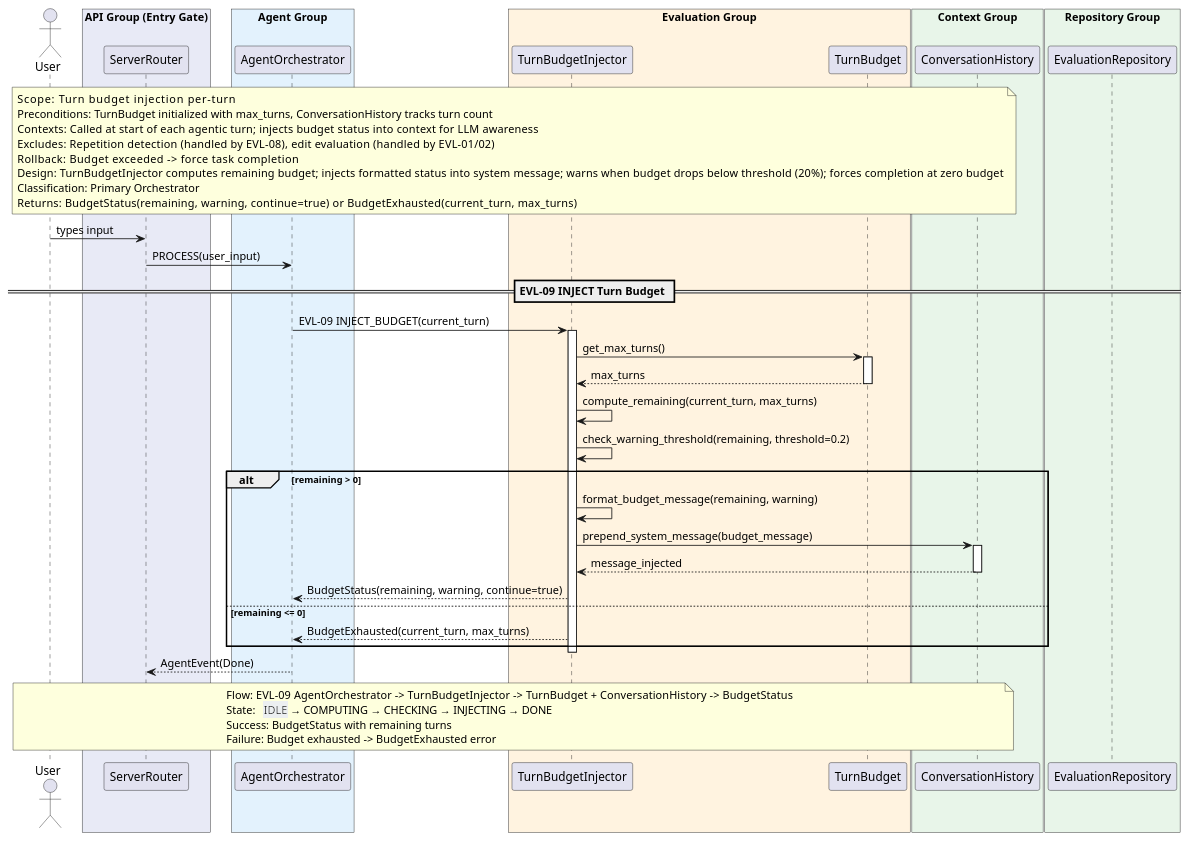
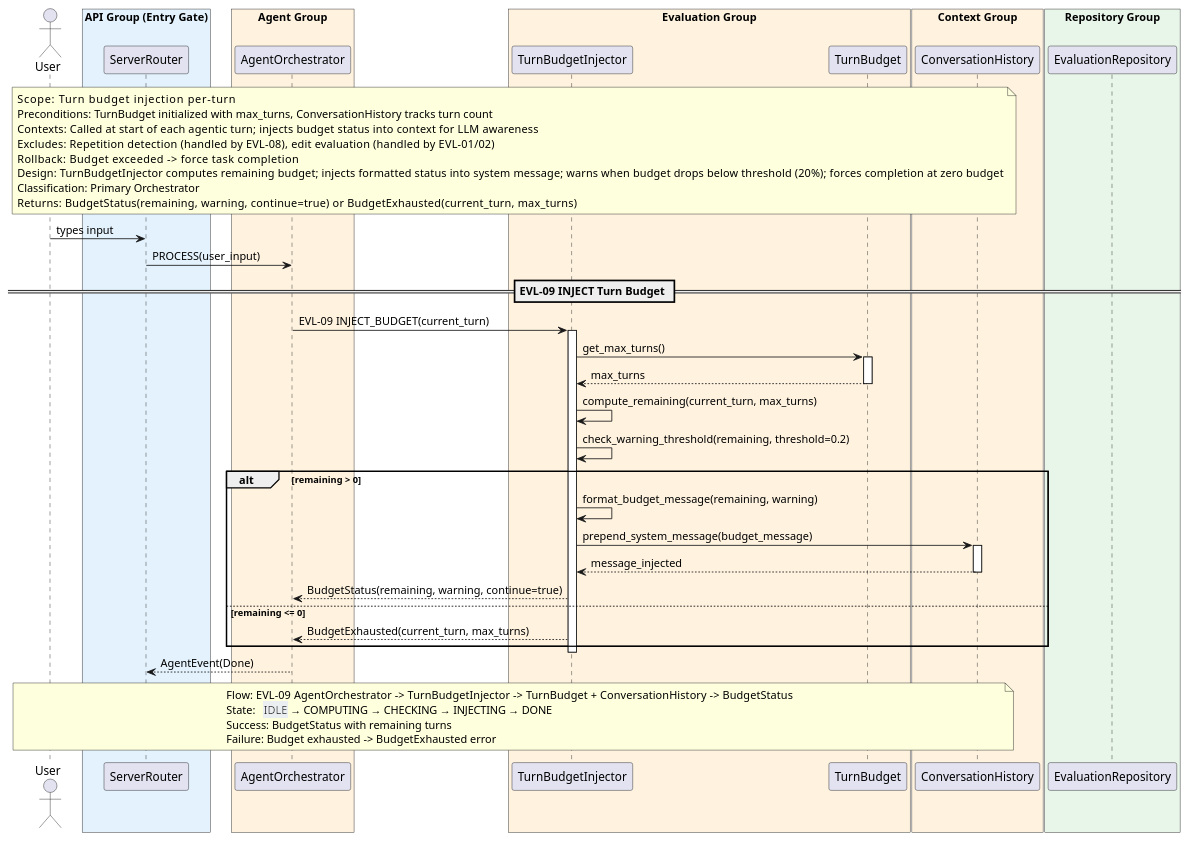
The diagram in docs/SQ/EVL/sq_evl09_inject_turn_budget.puml (salimnamvar/nasim), drawn with PlantUML before and after one commit. The commit also changed 193 other files, not shown here.

First line of the commit message:
docs: Add role prompts and documentation for architectural refinement

```diff
--- a/docs/SQ/EVL/sq_evl09_inject_turn_budget.puml
+++ b/docs/SQ/EVL/sq_evl09_inject_turn_budget.puml
@@ -1,83 +1,83 @@
 @startuml sq_evl09_inject_turn_budget
 ' ============================================================
 ' Title:     EVL-09 — Inject Turn Budget
 ' Boundary:  nasim code agent CLI
 ' Purpose:   Turn budget injection per-turn
 ' Milestone: v1.0
 ' Version:   9.1.0
 ' Source:    CAR refinement loop — API-First transformation
 ' Review:    docs/SQ/README.md
 ' ============================================================
 
 actor "User" as user
 
-box "API Group (Entry Gate)" #E8EAF6
+box "API Group (Entry Gate)" #E3F2FD
   participant "ServerRouter" as router
 end box
-box "Agent Group" #E3F2FD
+box "Agent Group" #FFF3E0
   participant "AgentOrchestrator" as agent
 end box
 box "Evaluation Group" #FFF3E0
   participant "TurnBudgetInjector" as injector
   participant "TurnBudget" as budget
 end box
-box "Context Group" #E8F5E9
+box "Context Group" #FFF3E0
   participant "ConversationHistory" as history
 end box
 box "Repository Group" #E8F5E9
   participant "EvaluationRepository" as eval_repo
 end box
 
 note over user, history
   Scope:          Turn budget injection per-turn
   Preconditions:  TurnBudget initialized with max_turns, ConversationHistory tracks turn count
   Contexts:       Called at start of each agentic turn; injects budget status into context for LLM awareness
   Excludes:       Repetition detection (handled by EVL-08), edit evaluation (handled by EVL-01/02)
   Rollback:       Budget exceeded -> force task completion
   Design:         TurnBudgetInjector computes remaining budget; injects formatted status into system message; warns when budget drops below threshold (20%); forces completion at zero budget
   Classification: Primary Orchestrator
   Returns:        BudgetStatus(remaining, warning, continue=true) or BudgetExhausted(current_turn, max_turns)
 end note
 
 user -> router : types input
 router -> agent : PROCESS(user_input)
 
 == EVL-09 INJECT Turn Budget ==
 
 agent -> injector : EVL-09 INJECT_BUDGET(current_turn)
 activate injector
 
 injector -> budget : get_max_turns()
 activate budget
 budget --> injector : max_turns
 deactivate budget
 
 injector -> injector : compute_remaining(current_turn, max_turns)
 
 injector -> injector : check_warning_threshold(remaining, threshold=0.2)
 
 alt remaining > 0
     injector -> injector : format_budget_message(remaining, warning)
 
     injector -> history : prepend_system_message(budget_message)
     activate history
     history --> injector : message_injected
     deactivate history
 
     injector --> agent : BudgetStatus(remaining, warning, continue=true)
 else remaining <= 0
     injector --> agent : BudgetExhausted(current_turn, max_turns)
 end
 
 deactivate injector
 
 agent --> router : AgentEvent(Done)
 
 note over user, history
   Flow:    EVL-09 AgentOrchestrator -> TurnBudgetInjector -> TurnBudget + ConversationHistory -> BudgetStatus
   State:   <back:#ECEFF1>IDLE</back> → COMPUTING → CHECKING → INJECTING → DONE
   Success: BudgetStatus with remaining turns
   Failure: Budget exhausted -> BudgetExhausted error
 end note
 
 @enduml
```
